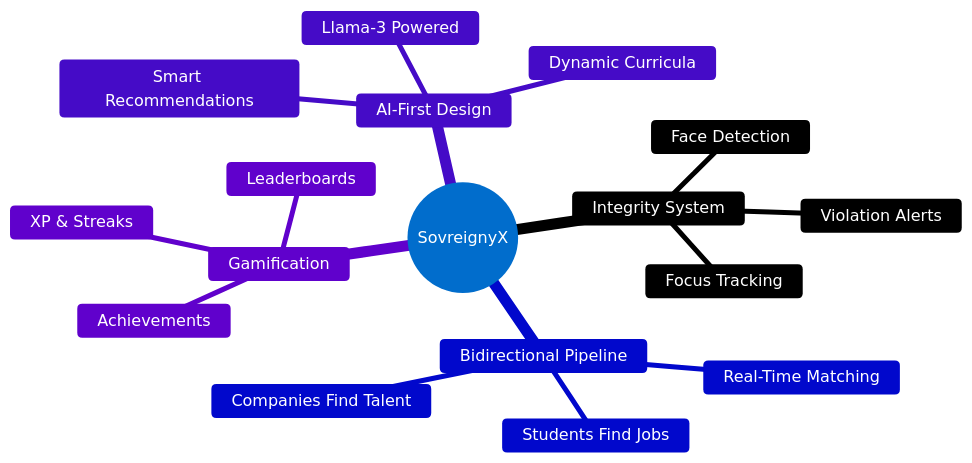
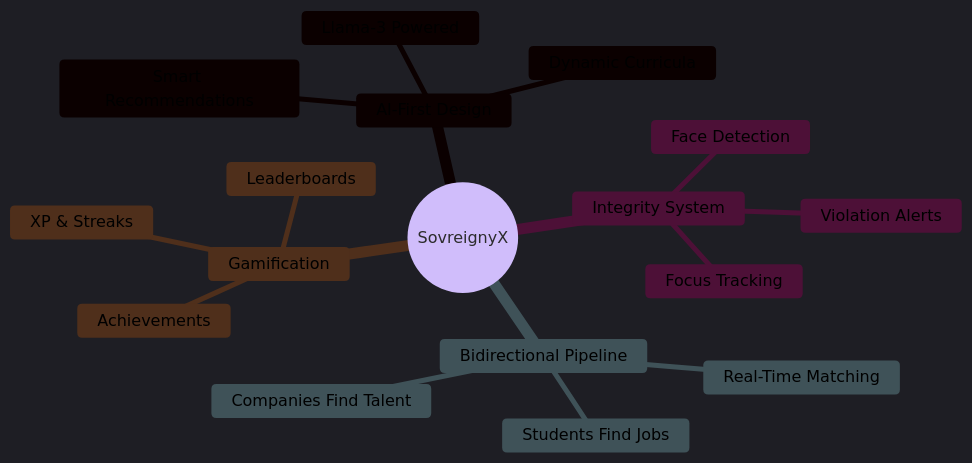
The first of 5 diagrams in README.md (dhanasai2/SovreignyX_Final), drawn with Mermaid before and after one commit.

````diff
--- a/README.md
+++ b/README.md
@@ -169,36 +169,47 @@
 ```mermaid
 %%{init: {
-  'theme':'base',
+  'theme':'dark',
   'themeVariables': {
-    'primaryColor':'#4facfe',
-    'primaryTextColor':'#fff',
-    'primaryBorderColor':'#4facfe',
-    'lineColor':'#F8B229',
-    'secondaryColor':'#8b5cf6',
-    'secondaryTextColor':'#fff',
-    'tertiaryColor':'#1e293b',
-    'tertiaryTextColor':'#fff',
-    'noteBkgColor':'#1e293b',
-    'noteTextColor':'#fff'
+    'darkMode': true,
+    'background': '#0f172a',
+    'primaryColor': '#4facfe',
+    'primaryTextColor': '#ffffff',
+    'primaryBorderColor': '#4facfe',
+    'secondaryColor': '#8b5cf6',
+    'secondaryTextColor': '#ffffff',
+    'secondaryBorderColor': '#8b5cf6',
+    'tertiaryColor': '#0ea5e9',
+    'tertiaryTextColor': '#ffffff',
+    'tertiaryBorderColor': '#0ea5e9',
+    'lineColor': '#F8B229',
+    'textColor': '#ffffff',
+    'mainBkg': '#1e293b',
+    'nodeBorder': '#4facfe',
+    'clusterBkg': '#1e293b',
+    'clusterBorder': '#4facfe',
+    'titleColor': '#ffffff',
+    'edgeLabelBackground': '#1e293b',
+    'nodeTextColor': '#ffffff'
   }
 }}%%
 mindmap
   root((SovreignyX))
     AI-First Design
       Llama-3 Powered
       Dynamic Curricula
       Smart Recommendations
     Integrity System
       Face Detection
       Focus Tracking
       Violation Alerts
     Bidirectional Pipeline
       Students Find Jobs
       Companies Find Talent
       Real-Time Matching
     Gamification
       XP & Streaks
       Leaderboards
       Achievements
 
+
 ```
````
